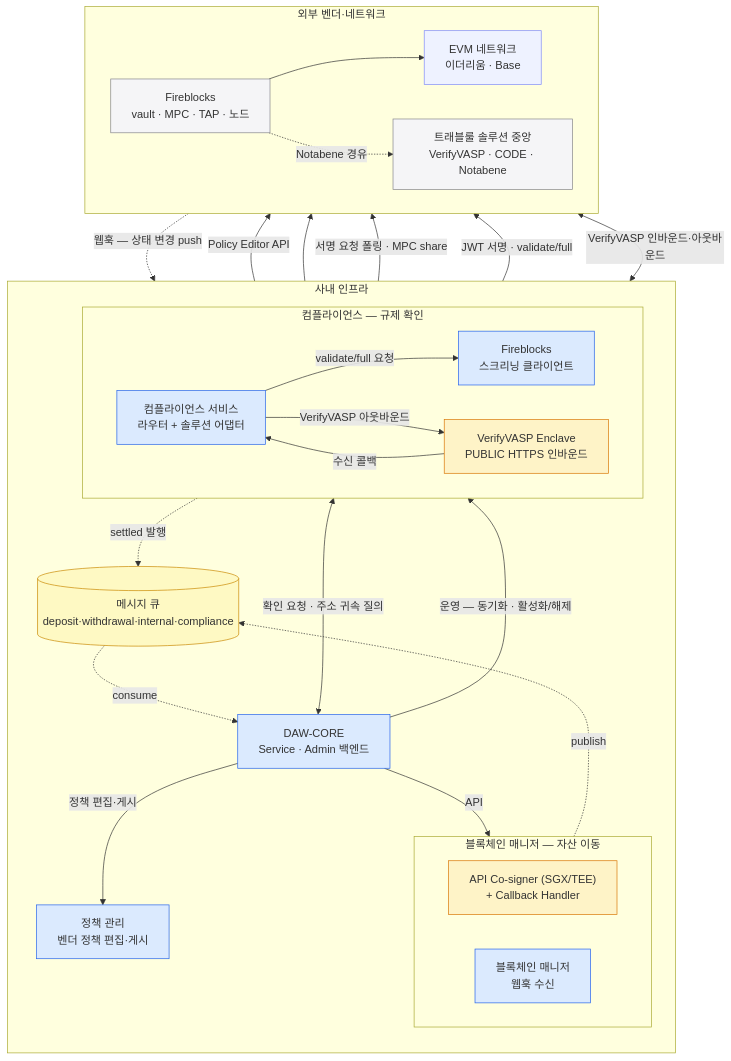
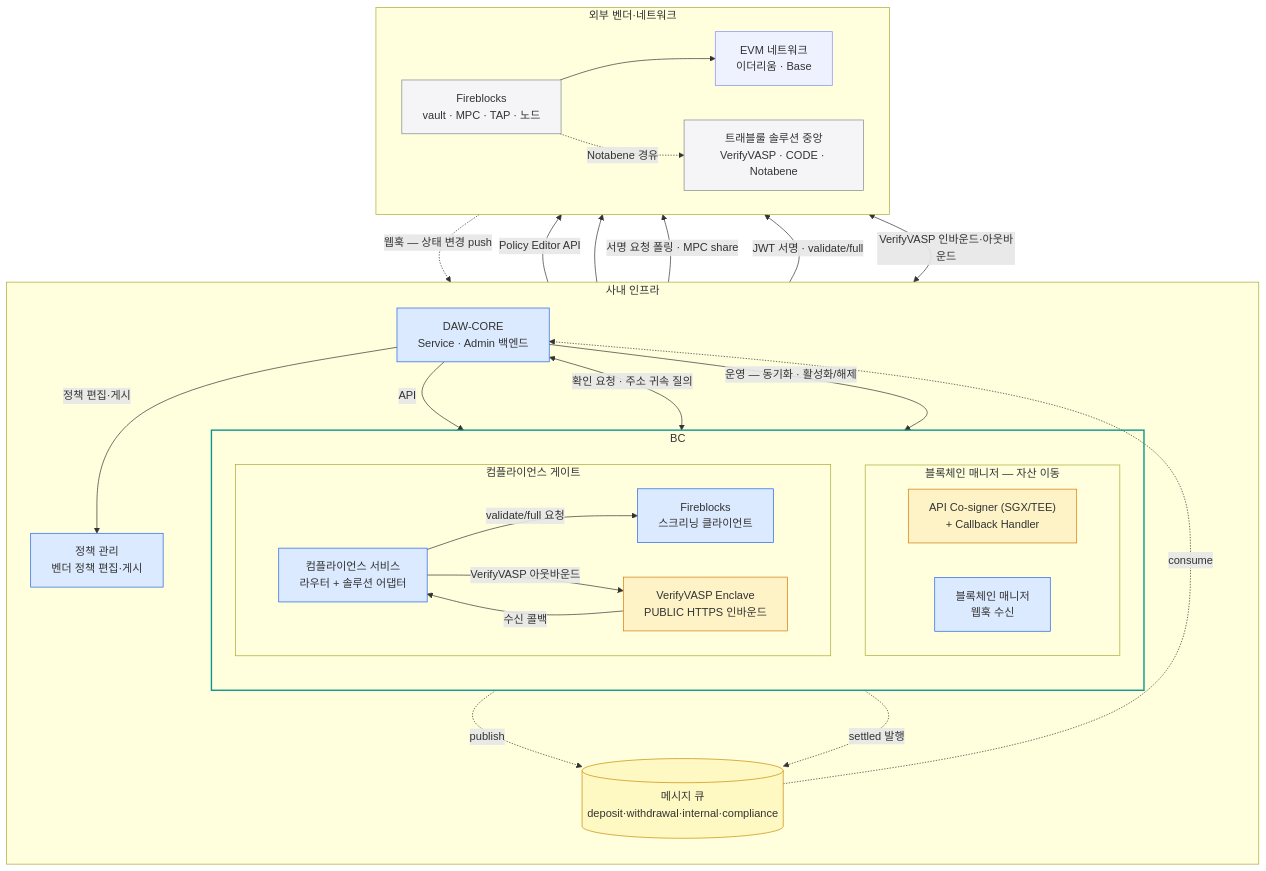
Before and after one commit to eunsujeo/eunpus: the first of 3 diagrams in blockchain-manager/docs/온보딩/설계/01-infra.md, drawn with Mermaid. The commit also changed other lines of this file and 4 other files, not shown here.

````diff
--- a/blockchain-manager/docs/온보딩/설계/01-infra.md
+++ b/blockchain-manager/docs/온보딩/설계/01-infra.md
@@ -23,58 +22,62 @@
 ```mermaid
 flowchart TB
   subgraph OURS["사내 인프라"]
     direction TB
     CORE["DAW-CORE<br/>Service · Admin 백엔드"]
-    subgraph BMZ["블록체인 매니저 — 자산 이동"]
-      direction LR
-      COS["API Co-signer (SGX/TEE)<br/>+ Callback Handler"]
-      BM["블록체인 매니저<br/>웹훅 수신"]
+    subgraph BC["BC"]
+      direction TB
+      subgraph BMZ["블록체인 매니저 — 자산 이동"]
+        direction LR
+        COS["API Co-signer (SGX/TEE)<br/>+ Callback Handler"]
+        BM["블록체인 매니저<br/>웹훅 수신"]
+      end
+      subgraph TRZ["컴플라이언스 게이트"]
+        direction LR
+        GATE["컴플라이언스 서비스<br/>라우터 + 솔루션 어댑터"]
+        FBCLI["Fireblocks<br/>스크리닝 클라이언트"]
+        EN["VerifyVASP Enclave<br/>PUBLIC HTTPS 인바운드"]
+      end
     end
     PADM["정책 관리<br/>벤더 정책 편집·게시"]
     MQ[("메시지 큐<br/>deposit·withdrawal·internal·compliance")]
-    subgraph TRZ["컴플라이언스 — 규제 확인"]
-      direction LR
-      GATE["컴플라이언스 서비스<br/>라우터 + 솔루션 어댑터"]
-      FBCLI["Fireblocks<br/>스크리닝 클라이언트"]
-      EN["VerifyVASP Enclave<br/>PUBLIC HTTPS 인바운드"]
-    end
     CORE ~~~ MQ
   end
 
   subgraph EXTZ["외부 벤더·네트워크"]
     direction LR
     EVM["EVM 네트워크<br/>이더리움 · Base"]
     FB["Fireblocks<br/>vault · MPC · TAP · 노드"]
     TRNET["트래블룰 솔루션 중앙<br/>VerifyVASP · CODE · Notabene"]
   end
 
   CORE -->|API| BM
   BM -.->|publish| MQ
   GATE -.->|settled 발행| MQ
   MQ -.->|consume| CORE
   CORE <-->|확인 요청 · 주소 귀속 질의| GATE
   CORE -->|운영 — 동기화 · 활성화/해제| GATE
   CORE -->|정책 편집·게시| PADM
   PADM -->|Policy Editor API| FB
   GATE -->|validate/full 요청| FBCLI
   GATE -->|VerifyVASP 아웃바운드| EN
   EN -->|수신 콜백| GATE
   BM --> FB
   FB -.->|웹훅 — 상태 변경 push| BM
   COS -->|서명 요청 폴링 · MPC share| FB
   FBCLI -->|JWT 서명 · validate/full| FB
   FB --> EVM
   FB -.->|Notabene 경유| TRNET
   EN <-->|VerifyVASP 인바운드·아웃바운드| TRNET
 
   classDef ours fill:#dbeafe,stroke:#2563eb;
   classDef selfhost fill:#fef3c7,stroke:#d97706;
   classDef mq fill:#fef9c3,stroke:#ca8a04;
   classDef vendor fill:#f5f5f7,stroke:#86868b;
   classDef chain fill:#eef2ff,stroke:#818cf8;
   class CORE,BM,GATE,FBCLI,PADM ours
   class COS,EN selfhost
   class MQ mq
   class FB,TRNET vendor
   class EVM chain
+  style BC fill:none,stroke:#0d9488,stroke-width:2px
 ```
````
